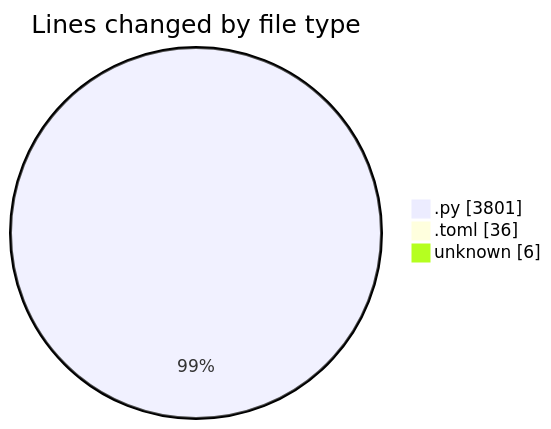
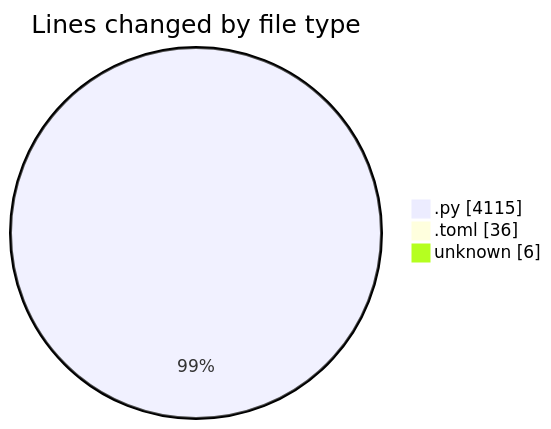
The first of 2 diagrams in 2025-11-20/eventscop-api-guide__workspace_/README.md (julien-gomy/code-tracking), drawn with Mermaid before and after one commit. The commit also changed other lines of this file and 1 other file, not shown here.

````diff
--- a/2025-11-20/eventscop-api-guide__workspace_/README.md
+++ b/2025-11-20/eventscop-api-guide__workspace_/README.md
@@ -36,7 +37,7 @@
 ```mermaid
 pie showData
 title Lines changed by file type
-".py" : 3801
+".py" : 4115
 ".toml" : 36
 "unknown" : 6
 ```
````
